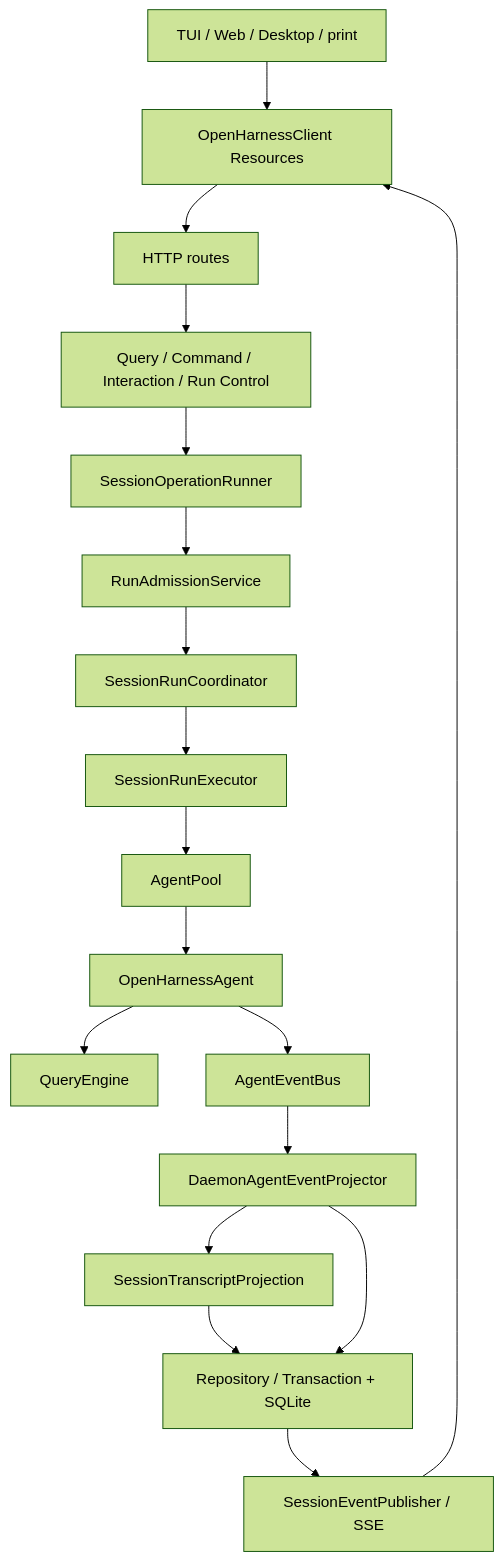
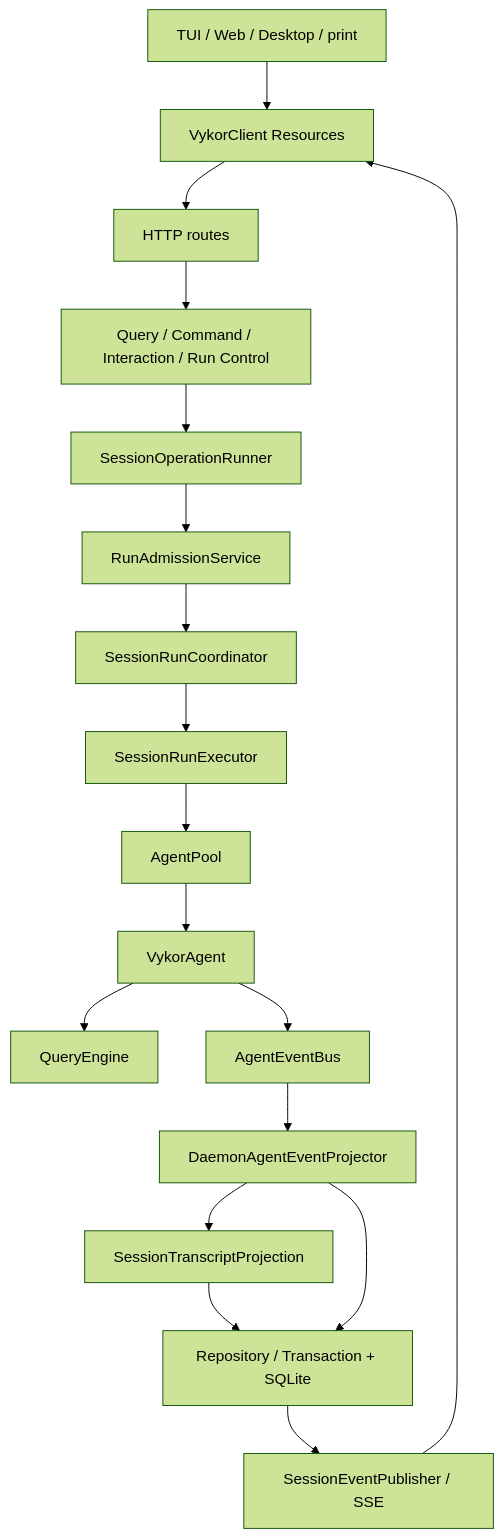
Before and after one commit to rzx007/Vykor: the first of 4 diagrams in docs/daemon-application-architecture.md, drawn with Mermaid (forest theme). The commit also changed other lines of this file and 1124 other files, not shown here.

````diff
--- a/docs/daemon-application-architecture.md
+++ b/docs/daemon-application-architecture.md
@@ -17,24 +17,24 @@
 ```mermaid
 flowchart TD
   Surface["TUI / Web / Desktop / print"]
-  Client["OpenHarnessClient Resources"]
+  Client["VykorClient Resources"]
   Routes["HTTP routes"]
   App["Query / Command / Interaction / Run Control"]
   Runner["SessionOperationRunner"]
   Engine["RunAdmissionService"]
   Lane["SessionRunCoordinator"]
   Executor["SessionRunExecutor"]
   Pool["AgentPool"]
-  Agent["OpenHarnessAgent"]
+  Agent["VykorAgent"]
   QE["QueryEngine"]
   Events["AgentEventBus"]
   Projector["DaemonAgentEventProjector"]
   Transcript["SessionTranscriptProjection"]
   Store["Repository / Transaction + SQLite"]
   SSE["SessionEventPublisher / SSE"]
 
   Surface --> Client --> Routes --> App --> Runner --> Engine --> Lane --> Executor
   Executor --> Pool --> Agent --> QE
   Agent --> Events --> Projector --> Transcript --> Store --> SSE --> Client
   Projector --> Store
 ```
````
